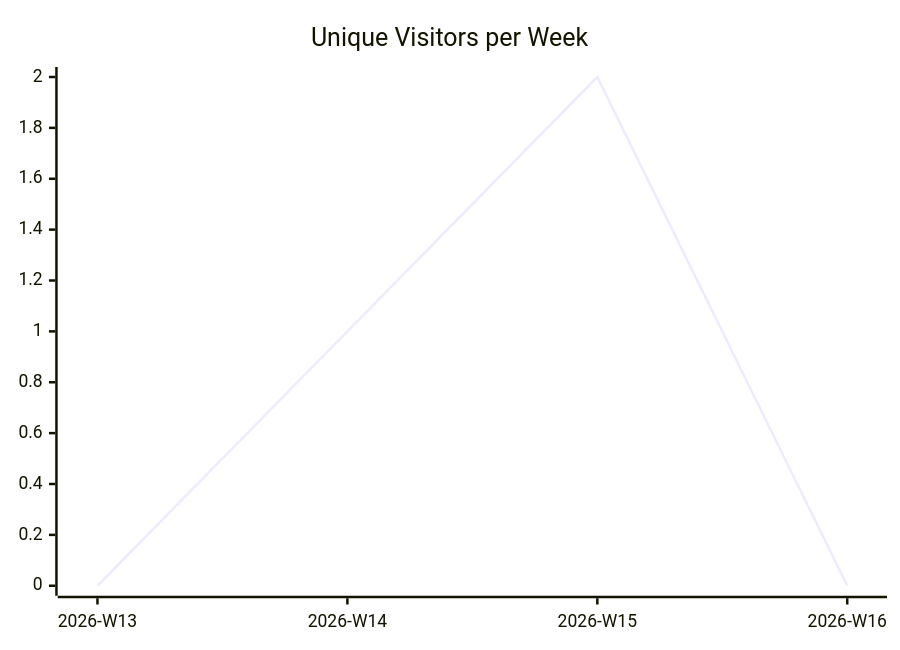
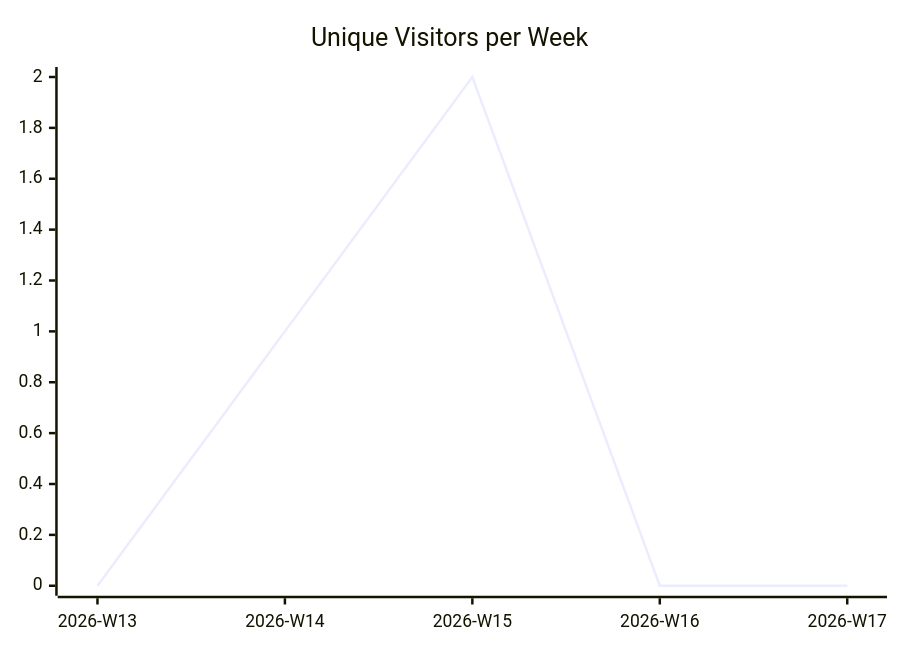
One commit to justdavis-family/github-analytics-data changed the first of 3 diagrams in justdavis-family/justdavis/README.md. Above: the diagram before and after it, drawn with Mermaid. The commit also changed other lines of this file and 192 other files, not shown here.

````diff
--- a/justdavis-family/justdavis/README.md
+++ b/justdavis-family/justdavis/README.md
@@ -5,6 +5,6 @@
 ```mermaid
 xychart-beta
   title "Unique Visitors per Week"
-  x-axis ["2026-W13", "2026-W14", "2026-W15", "2026-W16"]
-  line [0, 1, 2, 0]
+  x-axis ["2026-W13", "2026-W14", "2026-W15", "2026-W16", "2026-W17"]
+  line [0, 1, 2, 0, 0]
 ```
````
